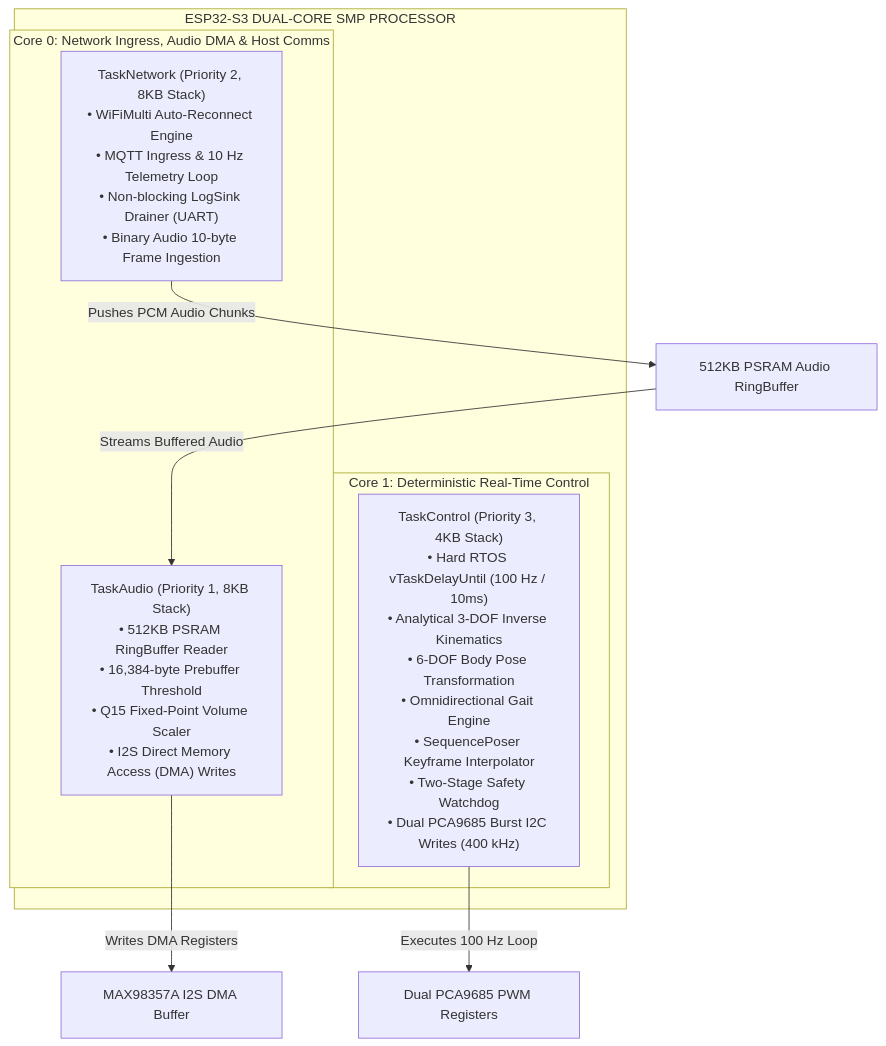
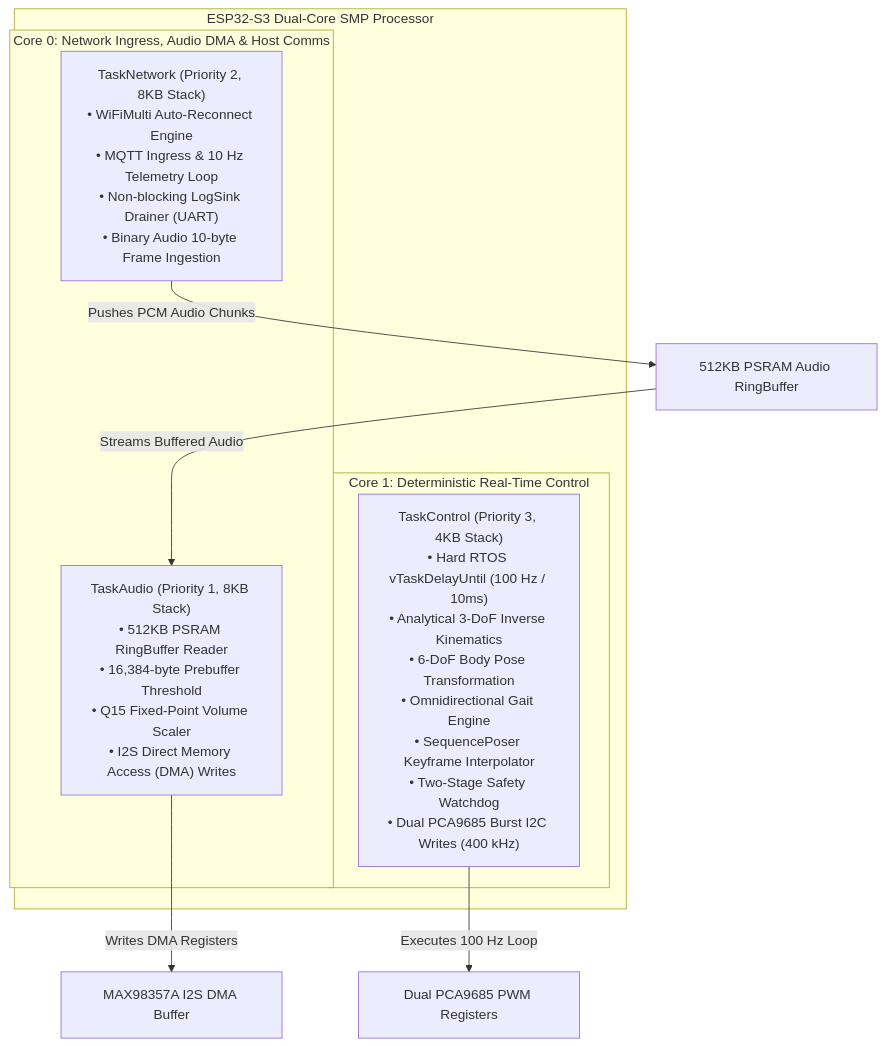
Before and after one commit to GrrGrrMan/spider-blog: the first of 4 diagrams in src/content/docs/05-embedded-firmware.md, drawn with Mermaid. The commit also changed other lines of this file and 39 other files, not shown here.

````diff
--- a/src/content/docs/05-embedded-firmware.md
+++ b/src/content/docs/05-embedded-firmware.md
@@ -13,22 +13,22 @@
 ```mermaid
 flowchart TD
-    subgraph ESP32S3 ["ESP32-S3 DUAL-CORE SMP PROCESSOR"]
+    subgraph ESP32S3 ["ESP32-S3 Dual-Core SMP Processor"]
         subgraph Core0 ["Core 0: Network Ingress, Audio DMA & Host Comms"]
             TASK_NET["TaskNetwork (Priority 2, 8KB Stack)<br/>• WiFiMulti Auto-Reconnect Engine<br/>• MQTT Ingress & 10 Hz Telemetry Loop<br/>• Non-blocking LogSink Drainer (UART)<br/>• Binary Audio 10-byte Frame Ingestion"]
             TASK_AUDIO["TaskAudio (Priority 1, 8KB Stack)<br/>• 512KB PSRAM RingBuffer Reader<br/>• 16,384-byte Prebuffer Threshold<br/>• Q15 Fixed-Point Volume Scaler<br/>• I2S Direct Memory Access (DMA) Writes"]
         end
 
         subgraph Core1 ["Core 1: Deterministic Real-Time Control"]
-            TASK_CTRL["TaskControl (Priority 3, 4KB Stack)<br/>• Hard RTOS vTaskDelayUntil (100 Hz / 10ms)<br/>• Analytical 3-DOF Inverse Kinematics<br/>• 6-DOF Body Pose Transformation<br/>• Omnidirectional Gait Engine<br/>• SequencePoser Keyframe Interpolator<br/>• Two-Stage Safety Watchdog<br/>• Dual PCA9685 Burst I2C Writes (400 kHz)"]
+            TASK_CTRL["TaskControl (Priority 3, 4KB Stack)<br/>• Hard RTOS vTaskDelayUntil (100 Hz / 10ms)<br/>• Analytical 3-DoF Inverse Kinematics<br/>• 6-DoF Body Pose Transformation<br/>• Omnidirectional Gait Engine<br/>• SequencePoser Keyframe Interpolator<br/>• Two-Stage Safety Watchdog<br/>• Dual PCA9685 Burst I2C Writes (400 kHz)"]
         end
     end
 
     PSRAM["512KB PSRAM Audio RingBuffer"]
     I2S_HW["MAX98357A I2S DMA Buffer"]
     I2C_HW["Dual PCA9685 PWM Registers"]
 
     TASK_NET -->|Pushes PCM Audio Chunks| PSRAM
     PSRAM -->|Streams Buffered Audio| TASK_AUDIO
     TASK_AUDIO -->|Writes DMA Registers| I2S_HW
     TASK_CTRL -->|Executes 100 Hz Loop| I2C_HW
 ```
````
